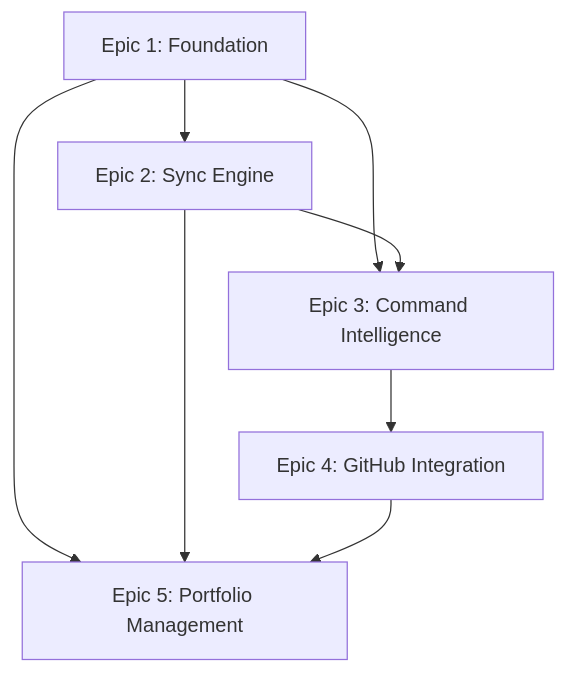
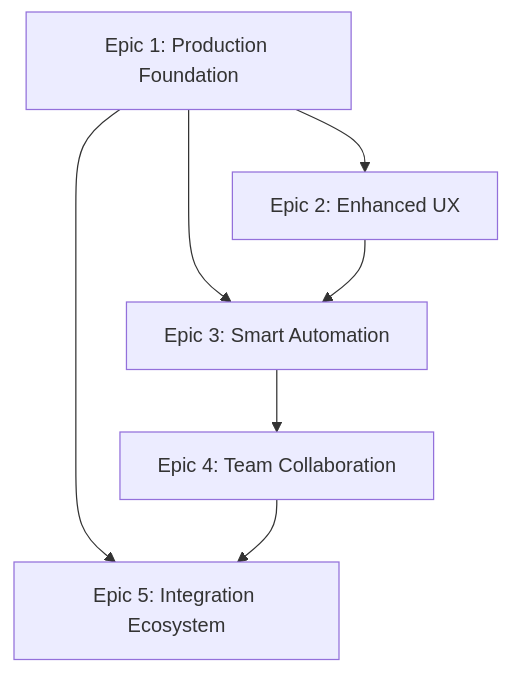
The diagram in docs/1-project/EPICS.md (pezzos/VSClaude), drawn with Mermaid before and after one commit. The commit also changed other lines of this file and 14 other files, not shown here.

````diff
--- a/docs/1-project/EPICS.md
+++ b/docs/1-project/EPICS.md
@@ -244,10 +269,9 @@
 ```mermaid
 graph TD
-    E1[Epic 1: Foundation] --> E2[Epic 2: Sync Engine]
-    E1 --> E3[Epic 3: Command Intelligence]
+    E1[Epic 1: Production Foundation] --> E2[Epic 2: Enhanced UX]
+    E1 --> E3[Epic 3: Smart Automation]
     E2 --> E3
-    E3 --> E4[Epic 4: GitHub Integration]
-    E1 --> E5[Epic 5: Portfolio Management]
-    E2 --> E5
+    E3 --> E4[Epic 4: Team Collaboration]
+    E1 --> E5[Epic 5: Integration Ecosystem]
     E4 --> E5
 ```
````
